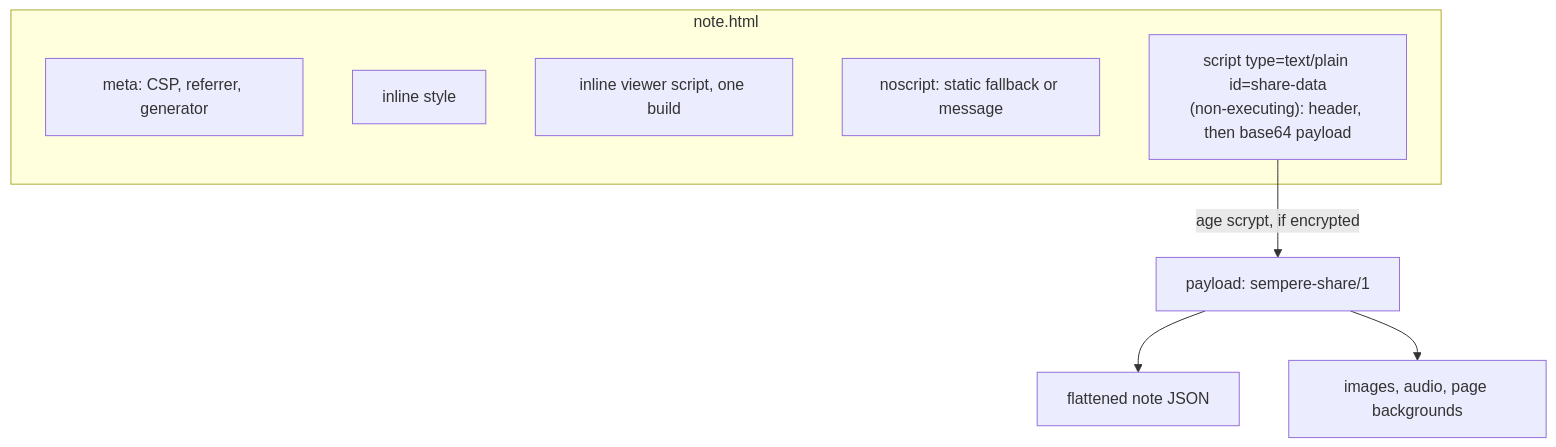
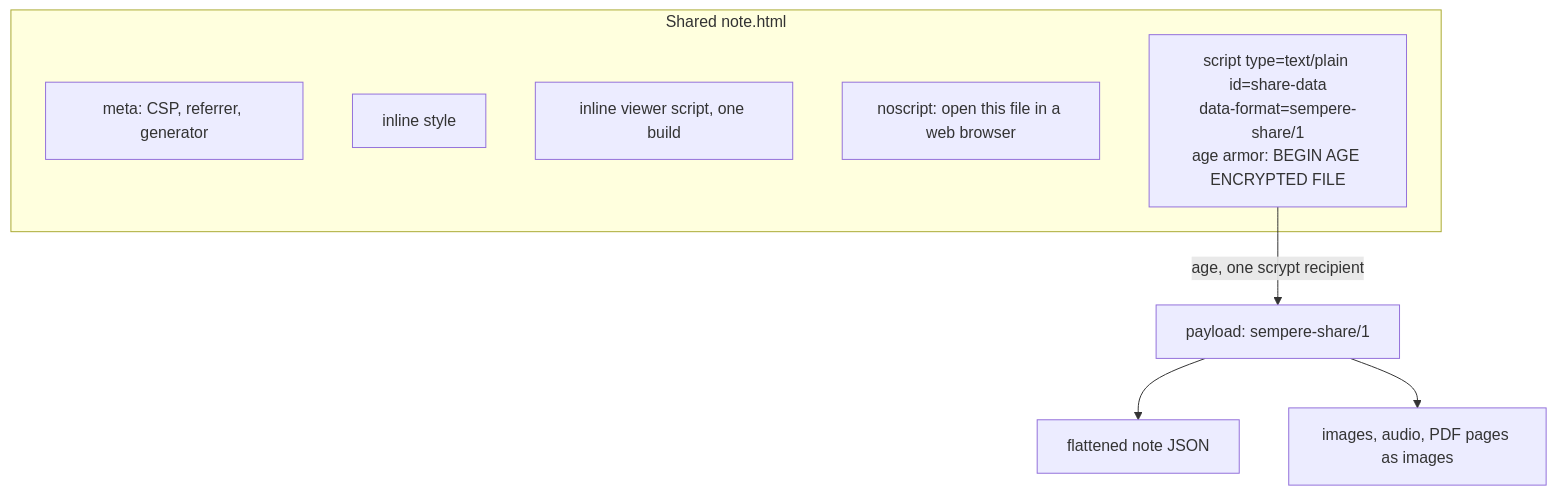
Before and after one commit to anthonytw/sempere: the first of 2 diagrams in docs/design/1.3-share.md, drawn with Mermaid. The commit also changed other lines of this file and 3 other files, not shown here.

````diff
--- a/docs/design/1.3-share.md
+++ b/docs/design/1.3-share.md
@@ -36,13 +42,13 @@
 ```mermaid
 flowchart TB
-  subgraph file[note.html]
+  subgraph file[Shared note.html]
     META[meta: CSP, referrer, generator]
     CSS[inline style]
     JS[inline viewer script, one build]
-    NOS[noscript: static fallback or message]
-    DATA["script type=text/plain id=share-data<br/>(non-executing): header, then base64 payload"]
+    NOS[noscript: open this file in a web browser]
+    DATA["script type=text/plain id=share-data<br/>data-format=sempere-share/1<br/>age armor: BEGIN AGE ENCRYPTED FILE"]
   end
-  DATA -->|age scrypt, if encrypted| PAY[payload: sempere-share/1]
+  DATA -->|age, one scrypt recipient| PAY[payload: sempere-share/1]
   PAY --> NOTE[flattened note JSON]
-  PAY --> BLOBS[images, audio, page backgrounds]
+  PAY --> BLOBS[images, audio, PDF pages as images]
 ```
````
